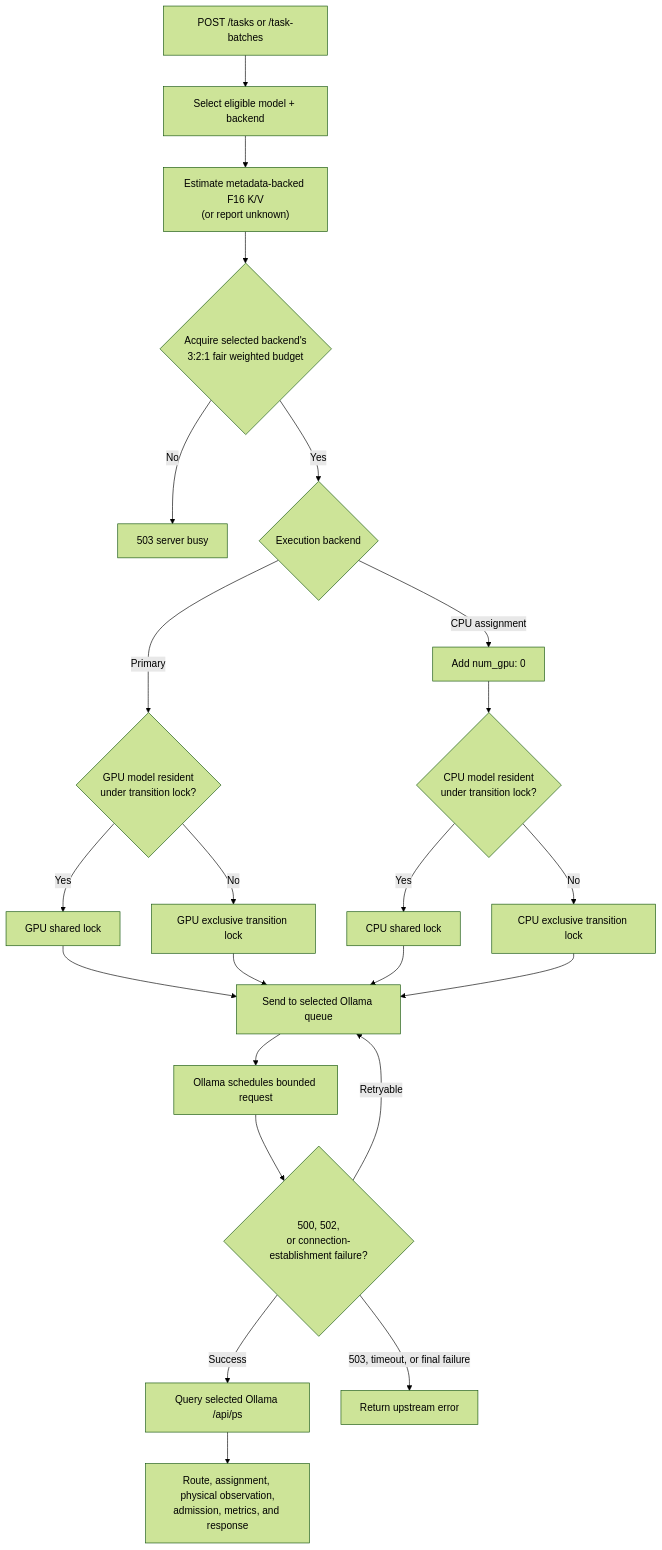
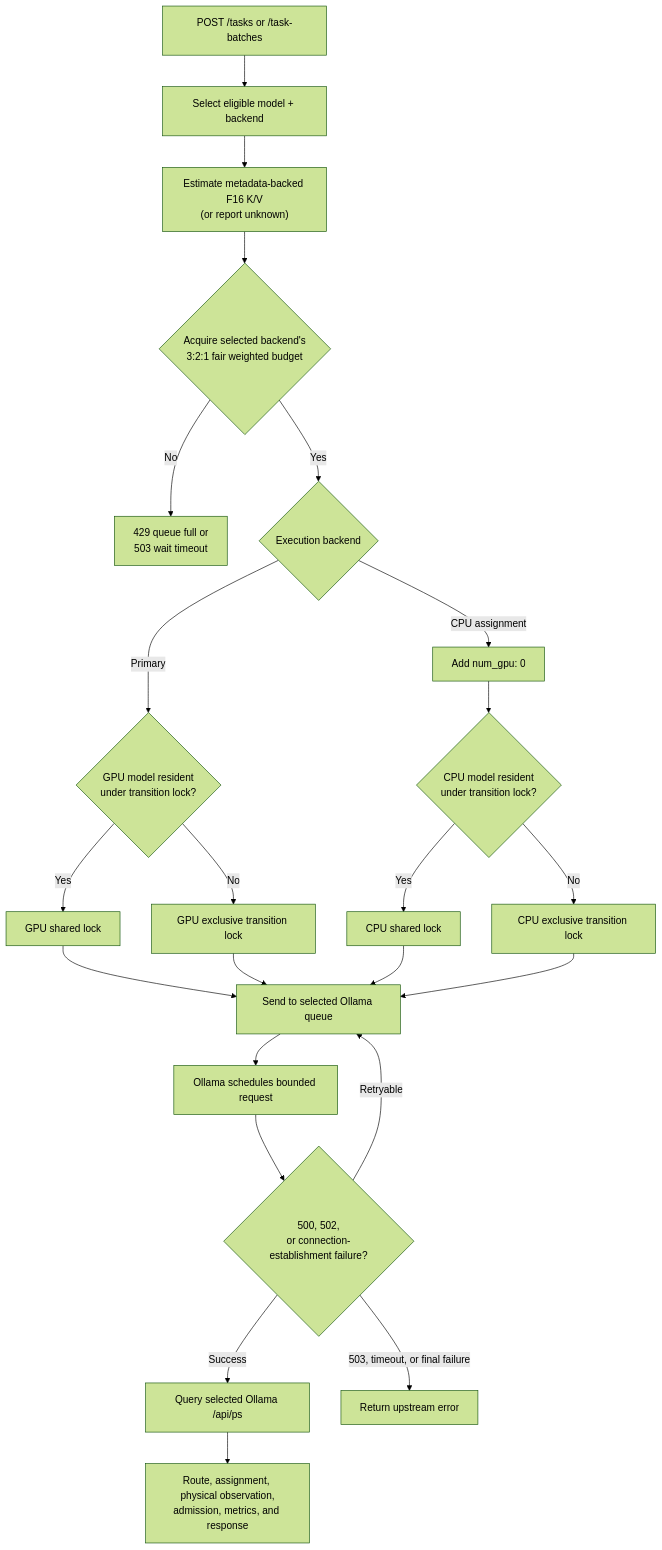
Before and after one commit to bgauryy/FreeLlama: the sixth of 9 diagrams in docs/ARCHITECTURE.md, drawn with Mermaid (forest theme). The commit also changed other lines of this file and 70 other files, not shown here.

Commit message:
update flow and docs (#13)

````diff
--- a/docs/ARCHITECTURE.md
+++ b/docs/ARCHITECTURE.md
@@ -304,25 +310,25 @@
 ```mermaid
 flowchart TD
     T["POST /tasks or /task-batches"] --> R["Select eligible model + backend"]
     R --> K["Estimate metadata-backed F16 K/V<br/>(or report unknown)"]
     K --> A{"Acquire selected backend's<br/>3:2:1 fair weighted budget"}
-    A -->|"No"| E503["503 server busy"]
+    A -->|"No"| E503["429 queue full or<br/>503 wait timeout"]
     A -->|"Yes"| B{"Execution backend"}
     B -->|"Primary"| GL{"GPU model resident<br/>under transition lock?"}
     B -->|"CPU assignment"| CO["Add num_gpu: 0"]
     CO --> CL{"CPU model resident<br/>under transition lock?"}
     GL -->|"Yes"| GR["GPU shared lock"]
     GL -->|"No"| GX["GPU exclusive transition lock"]
     CL -->|"Yes"| CR["CPU shared lock"]
     CL -->|"No"| CX["CPU exclusive transition lock"]
     GR --> OQ["Send to selected Ollama queue"]
     GX --> OQ
     CR --> OQ
     CX --> OQ
     OQ --> SEND["Ollama schedules bounded request"]
     SEND --> RETRY{"500, 502,<br/>or connection-establishment failure?"}
     RETRY -->|"Retryable"| OQ
     RETRY -->|"Success"| OBS["Query selected Ollama /api/ps"]
     OBS --> OUT["Route, assignment, physical observation,<br/>admission, metrics, and response"]
     RETRY -->|"503, timeout, or final failure"| ERR["Return upstream error"]
 ```
````
